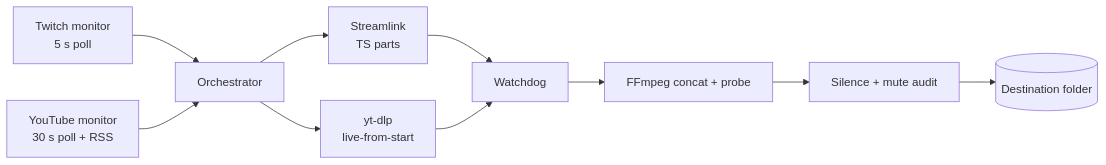
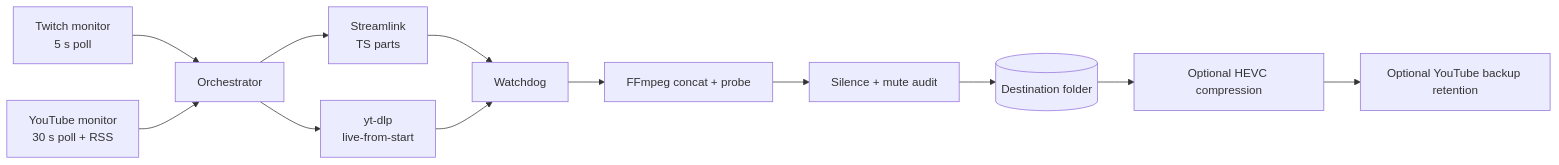
One commit to antoniojveram/stream-vod-guard changed the diagram in README.md. Above: the diagram before and after it, drawn with Mermaid. The commit also changed other lines of this file and 14 other files, not shown here.

````diff
--- a/README.md
+++ b/README.md
@@ -140,12 +152,14 @@
 ```mermaid
 flowchart LR
   T[Twitch monitor<br/>5 s poll] --> O[Orchestrator]
   Y[YouTube monitor<br/>30 s poll + RSS] --> O
   O --> S[Streamlink<br/>TS parts]
   O --> D[yt-dlp<br/>live-from-start]
   S --> W[Watchdog]
   D --> W
   W --> F[FFmpeg concat + probe]
   F --> A[Silence + mute audit]
   A --> N[(Destination folder)]
+  N --> C[Optional HEVC compression]
+  C --> R[Optional YouTube backup retention]
 ```
````
